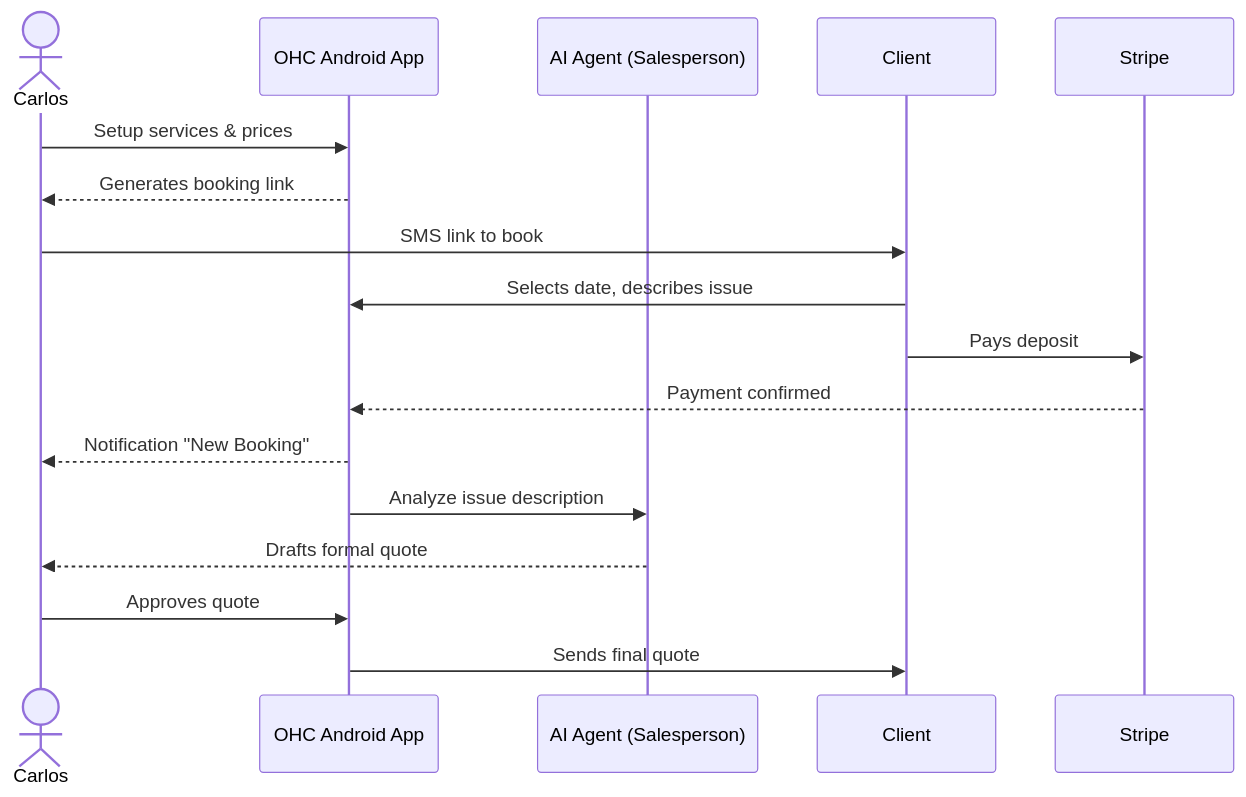
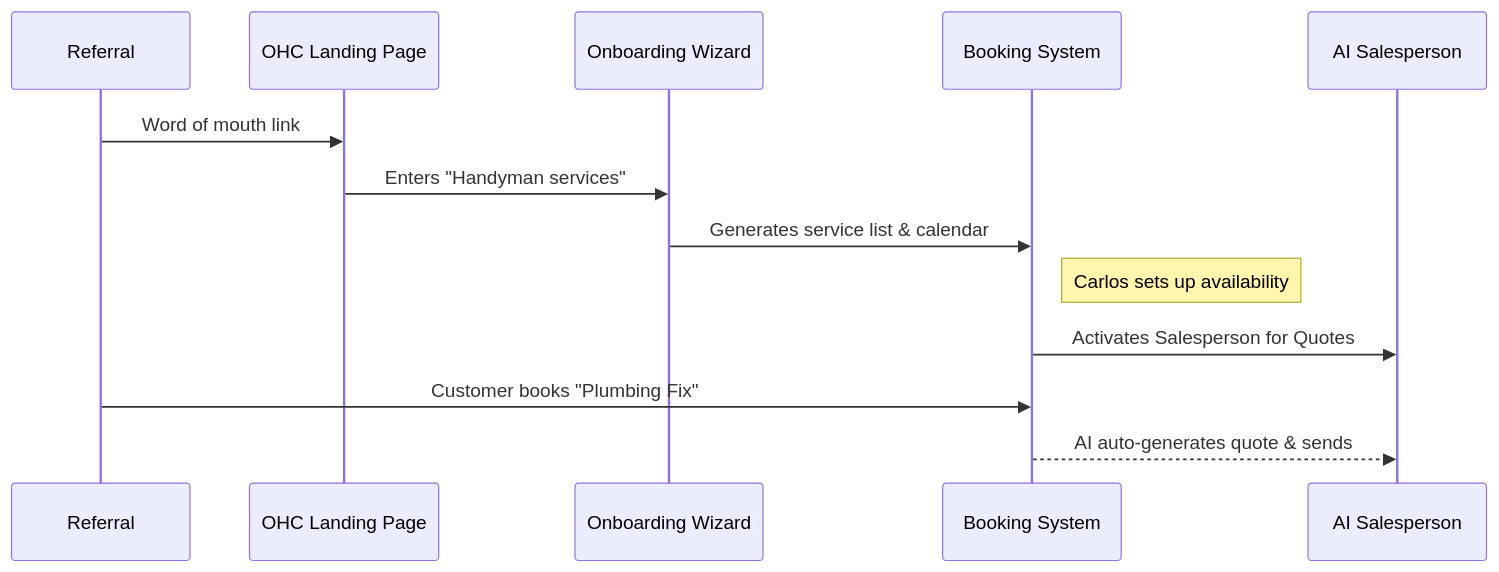
Before and after one commit to omnisolo-llc/onehumancorp: the second of 5 diagrams in docs/architecture/ohc_business_journey_architecture.md, drawn with Mermaid. The commit also changed other lines of this file, not shown here.

First line of the commit message:
docs: update OHC Business Journey Architecture to match the latest AARRR funnel and personas

````diff
--- a/docs/architecture/ohc_business_journey_architecture.md
+++ b/docs/architecture/ohc_business_journey_architecture.md
@@ -57,20 +33,16 @@
 ```mermaid
 sequenceDiagram
-    actor Carlos
-    participant OHC Android App
-    participant AI Agent (Salesperson)
-    participant Client
-    participant Stripe
+    participant Referral
+    participant Landing as OHC Landing Page
+    participant Wizard as Onboarding Wizard
+    participant Booking as Booking System
+    participant AI as AI Salesperson
 
-    Carlos->>OHC Android App: Setup services & prices
-    OHC Android App-->>Carlos: Generates booking link
-    Carlos->>Client: SMS link to book
-    Client->>OHC Android App: Selects date, describes issue
-    Client->>Stripe: Pays deposit
-    Stripe-->>OHC Android App: Payment confirmed
-    OHC Android App-->>Carlos: Notification "New Booking"
-    OHC Android App->>AI Agent (Salesperson): Analyze issue description
-    AI Agent (Salesperson)-->>Carlos: Drafts formal quote
-    Carlos->>OHC Android App: Approves quote
-    OHC Android App->>Client: Sends final quote
+    Referral->>Landing: Word of mouth link
+    Landing->>Wizard: Enters "Handyman services"
+    Wizard->>Booking: Generates service list & calendar
+    Note right of Booking: Carlos sets up availability
+    Booking->>AI: Activates Salesperson for Quotes
+    Referral->>Booking: Customer books "Plumbing Fix"
+    Booking-->>AI: AI auto-generates quote & sends
 ```
````
